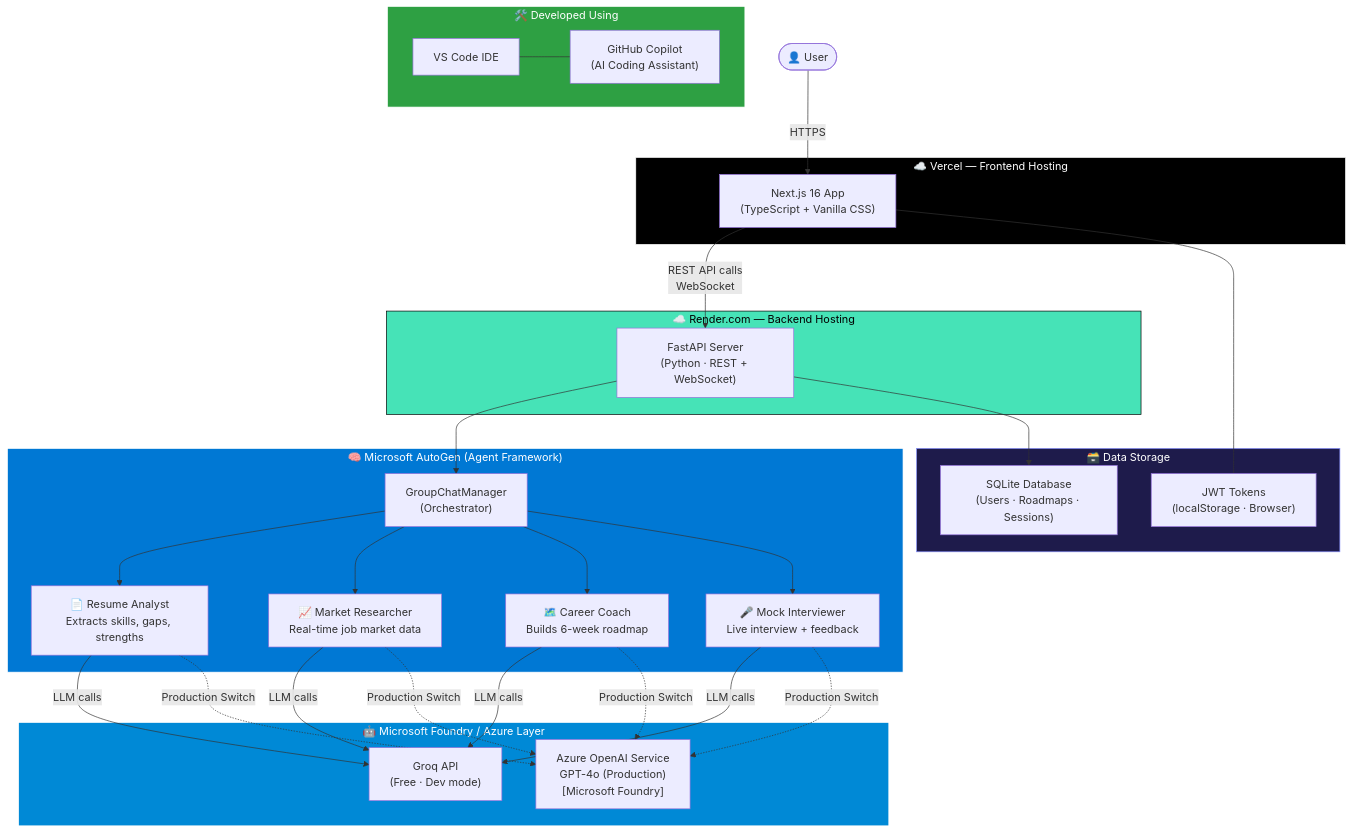
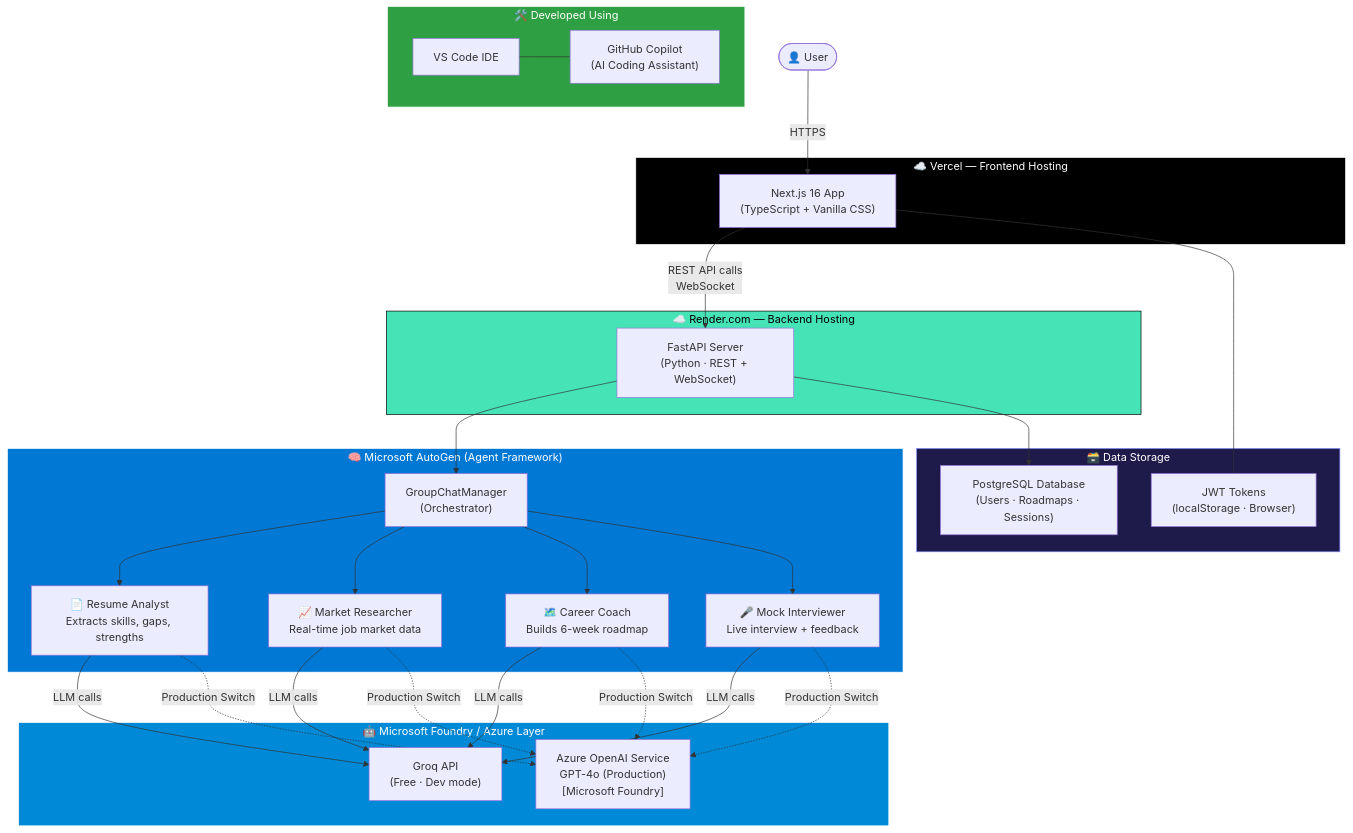
Before and after one commit to Anil-Pradhan-web/ai-career-mentor: the first of 2 diagrams in README.md, drawn with Mermaid. The commit also changed other lines of this file, not shown here.

Commit message:
docs: update README to reflect PostgreSQL migration

````diff
--- a/README.md
+++ b/README.md
@@ -64,50 +64,50 @@
 ```mermaid
 flowchart TD
     User(["👤 User"])
 
     subgraph DevTools ["🛠️ Developed Using"]
         VSCODE["VS Code IDE"] --- COPILOT["GitHub Copilot\n(AI Coding Assistant)"]
     end
 
     subgraph Vercel ["☁️ Vercel — Frontend Hosting"]
         FE["Next.js 16 App\n(TypeScript + Vanilla CSS)"]
     end
 
     subgraph Render ["☁️ Render.com — Backend Hosting"]
         API["FastAPI Server\n(Python · REST + WebSocket)"]
     end
 
     subgraph Agents ["🧠 Microsoft AutoGen (Agent Framework)"]
         ORCH["GroupChatManager\n(Orchestrator)"]
         A1["📄 Resume Analyst\nExtracts skills, gaps, strengths"]
         A2["📈 Market Researcher\nReal-time job market data"]
         A3["🗺️ Career Coach\nBuilds 6-week roadmap"]
         A4["🎤 Mock Interviewer\nLive interview + feedback"]
     end
 
     subgraph LLM ["🤖 Microsoft Foundry / Azure Layer"]
         GROQ["Groq API\n(Free · Dev mode)"]
         AZURE["Azure OpenAI Service\nGPT-4o (Production)\n[Microsoft Foundry]"]
     end
 
     subgraph DB ["🗃️ Data Storage"]
-        SQLITE["SQLite Database\n(Users · Roadmaps · Sessions)"]
+        SQLITE["PostgreSQL Database\n(Users · Roadmaps · Sessions)"]
         JWT["JWT Tokens\n(localStorage · Browser)"]
     end
 
     User -->|"HTTPS"| FE
     FE -->|"REST API calls\nWebSocket"| API
     API --> ORCH
     ORCH --> A1 & A2 & A3 & A4
     A1 & A2 & A3 & A4 -->|"LLM calls"| GROQ
     A1 & A2 & A3 & A4 -.->|"Production Switch"| AZURE
     API --> SQLITE
     FE --- JWT
 
     style Vercel fill:#000,stroke:#fff,color:#fff
     style Render fill:#46E3B7,stroke:#000,color:#000
     style Agents fill:#0078D4,stroke:#fff,color:#fff
     style LLM fill:#0089D6,stroke:#fff,color:#fff
     style DB fill:#1e1b4b,stroke:#818cf8,color:#fff
     style DevTools fill:#2ea043,stroke:#fff,color:#fff
 ```
````
